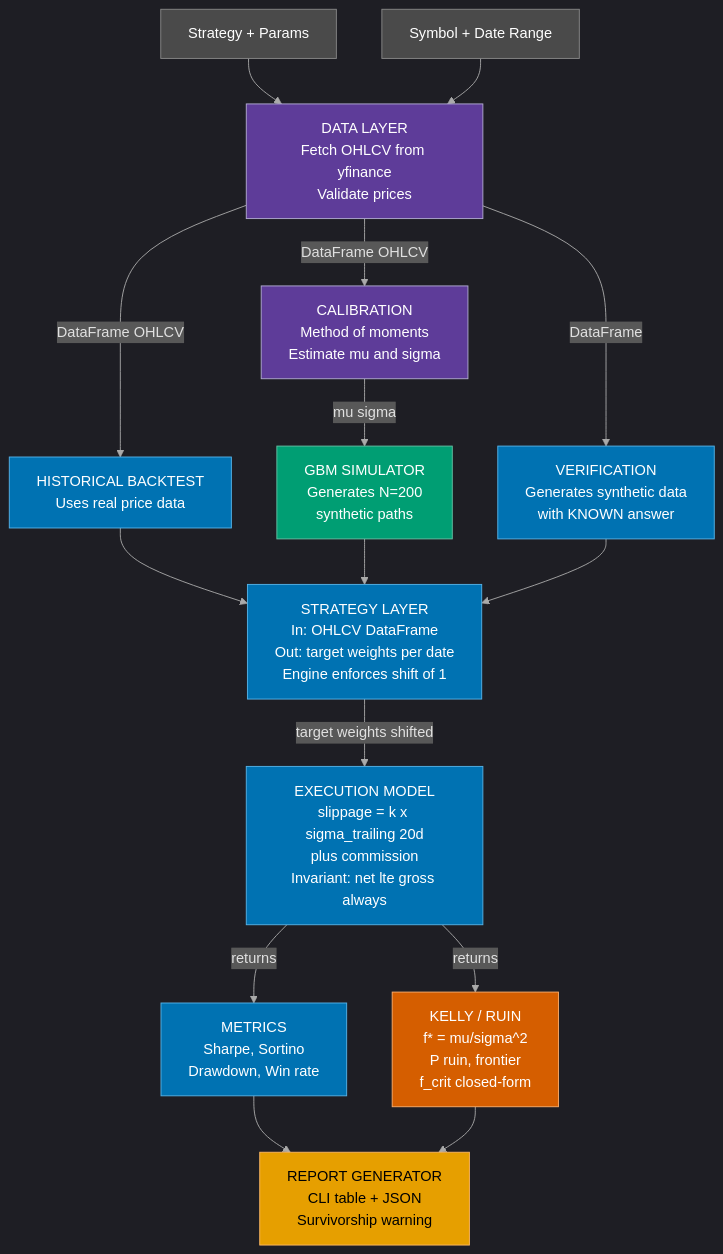
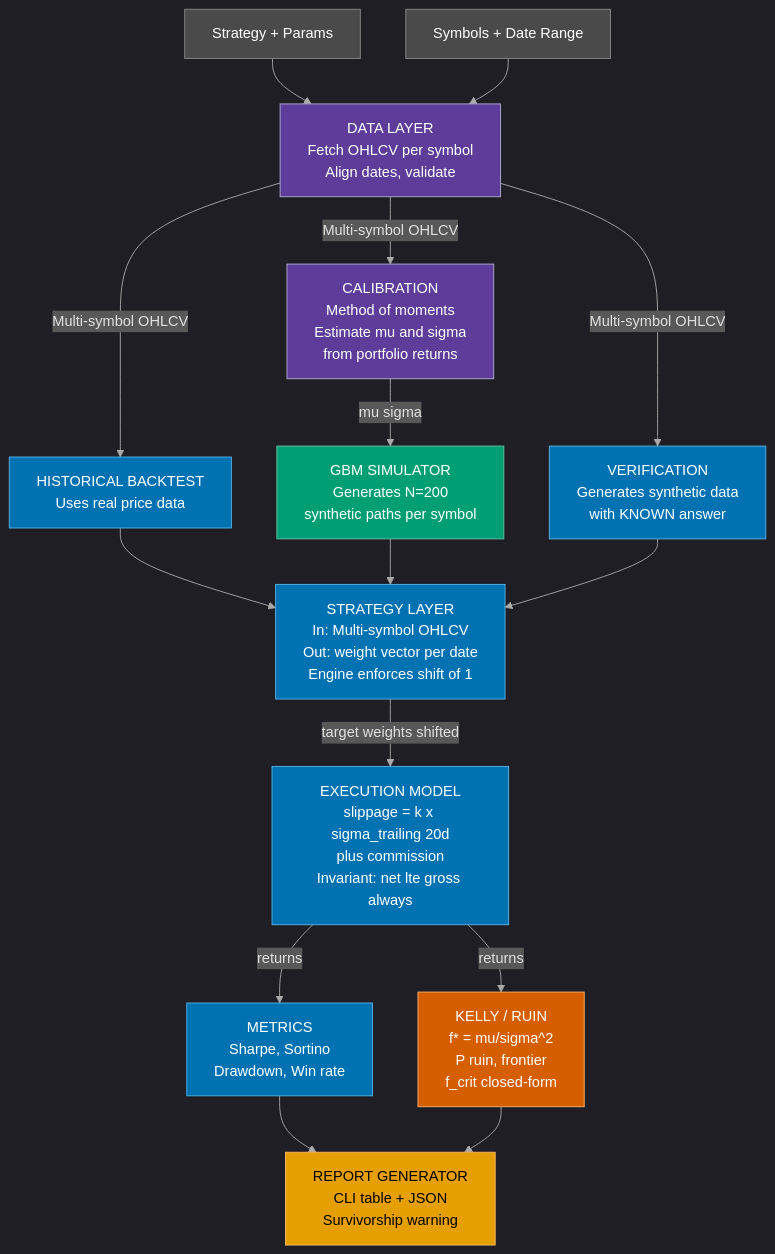
Before and after one commit to clthuang/vici_assessment: the diagram in stock-backtester/docs/features/001-stat-arb-backtester/prd.md, drawn with Mermaid. The commit also changed other lines of this file and 3 other files, not shown here.

First line of the commit message:
phase(specify): multi-symbol equal-weight rewrite — spec v4, PRD v6

````diff
--- a/stock-backtester/docs/features/001-stat-arb-backtester/prd.md
+++ b/stock-backtester/docs/features/001-stat-arb-backtester/prd.md
@@ -133,53 +133,53 @@
 ```mermaid
 %%{init: {'theme': 'dark', 'themeVariables': {'primaryColor': '#1a1a2e', 'lineColor': '#aaaaaa', 'textColor': '#e0e0e0'}}}%%
 flowchart TD
     SP[Strategy + Params] --> DL
-    UT[Symbol + Date Range] --> DL
+    UT[Symbols + Date Range] --> DL
 
-    DL[DATA LAYER<br>Fetch OHLCV from yfinance<br>Validate prices]
+    DL[DATA LAYER<br>Fetch OHLCV per symbol<br>Align dates, validate]
 
-    DL -- DataFrame OHLCV --> HB
-    DL -- DataFrame OHLCV --> CA
-    DL -- DataFrame --> VE
+    DL -- Multi-symbol OHLCV --> HB
+    DL -- Multi-symbol OHLCV --> CA
+    DL -- Multi-symbol OHLCV --> VE
 
-    CA[CALIBRATION<br>Method of moments<br>Estimate mu and sigma]
+    CA[CALIBRATION<br>Method of moments<br>Estimate mu and sigma<br>from portfolio returns]
     CA -- mu sigma --> SE
 
     HB[HISTORICAL BACKTEST<br>Uses real price data]
-    SE[GBM SIMULATOR<br>Generates N=200<br>synthetic paths]
+    SE[GBM SIMULATOR<br>Generates N=200<br>synthetic paths per symbol]
     VE[VERIFICATION<br>Generates synthetic data<br>with KNOWN answer]
 
     HB --> SL
     SE --> SL
     VE --> SL
 
-    SL[STRATEGY LAYER<br>In: OHLCV DataFrame<br>Out: target weights per date<br>Engine enforces shift of 1]
+    SL[STRATEGY LAYER<br>In: Multi-symbol OHLCV<br>Out: weight vector per date<br>Engine enforces shift of 1]
 
     SL -- target weights shifted --> EM
 
     EM[EXECUTION MODEL<br>slippage = k x sigma_trailing 20d<br>plus commission<br>Invariant: net lte gross always]
 
     EM -- returns --> ME
     EM -- returns --> KR
 
     ME[METRICS<br>Sharpe, Sortino<br>Drawdown, Win rate]
     KR[KELLY / RUIN<br>f* = mu/sigma^2<br>P ruin, frontier<br>f_crit closed-form]
 
     ME --> RG
     KR --> RG
 
     RG[REPORT GENERATOR<br>CLI table + JSON<br>Survivorship warning]
 
     style SP fill:#4a4a4a,stroke:#888888,color:#ffffff
     style UT fill:#4a4a4a,stroke:#888888,color:#ffffff
     style DL fill:#5e3c99,stroke:#b2abd2,color:#ffffff
     style CA fill:#5e3c99,stroke:#b2abd2,color:#ffffff
     style HB fill:#0072B2,stroke:#56B4E9,color:#ffffff
     style SE fill:#009E73,stroke:#66C2A5,color:#ffffff
     style VE fill:#0072B2,stroke:#56B4E9,color:#ffffff
     style SL fill:#0072B2,stroke:#56B4E9,color:#ffffff
     style EM fill:#0072B2,stroke:#56B4E9,color:#ffffff
     style ME fill:#0072B2,stroke:#56B4E9,color:#ffffff
     style KR fill:#D55E00,stroke:#FDAE6B,color:#ffffff
     style RG fill:#E69F00,stroke:#FDB863,color:#000000
 ```
````
